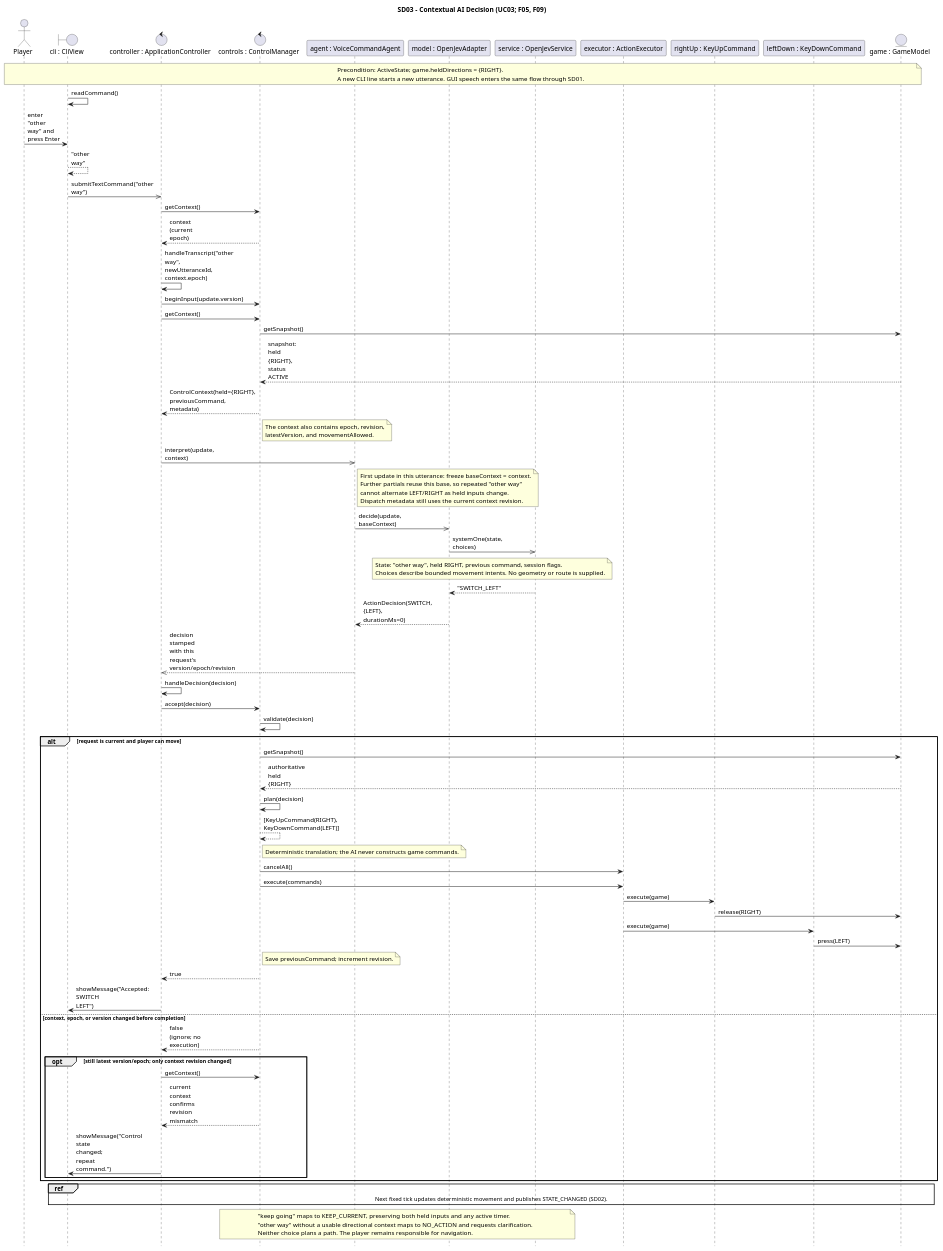
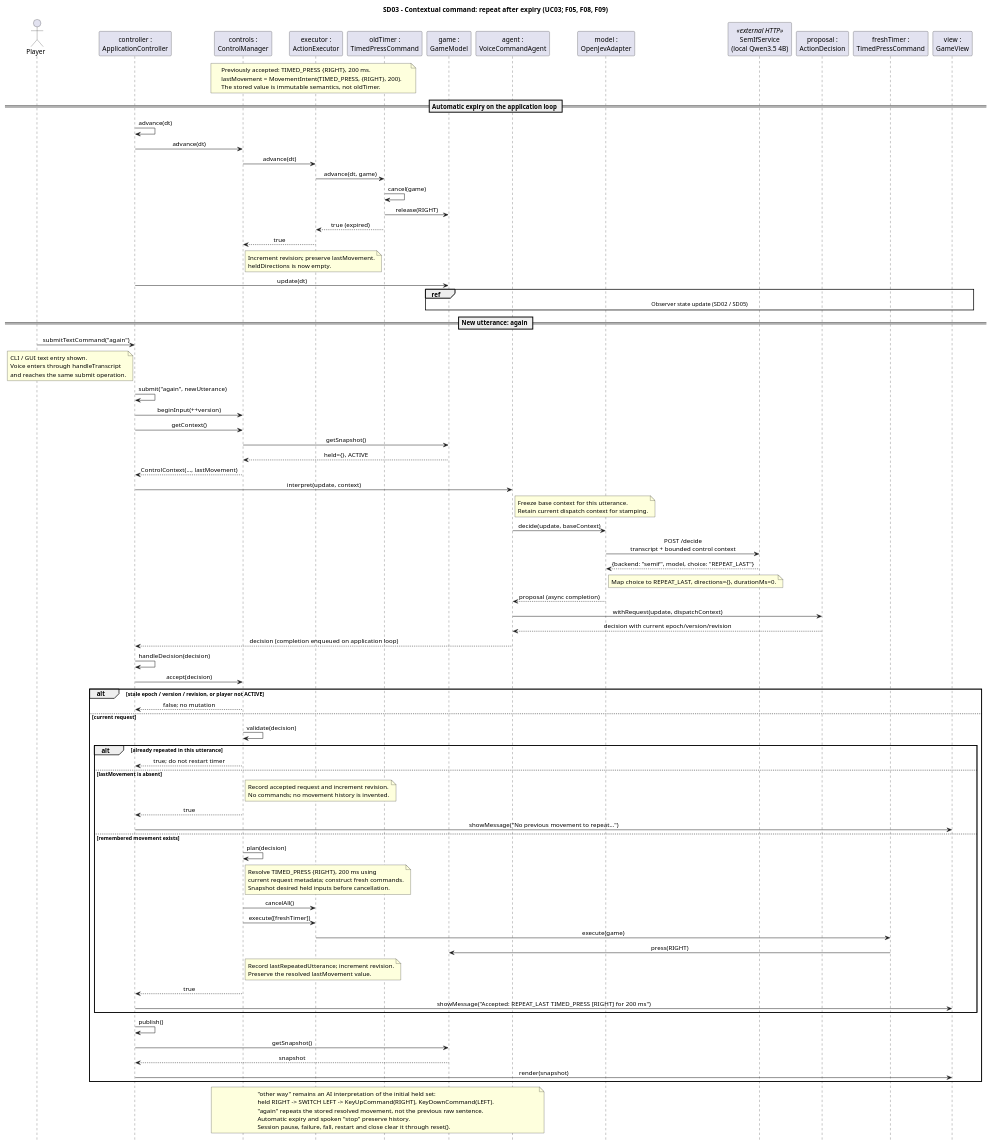
One commit to rizfol/say-swear changed the diagram in docs/uml/sequence-diagrams/sd03-contextual-command.puml. Above: the diagram before and after it, drawn with PlantUML. The commit also changed 27 other files, not shown here.

Commit message:
Update current UML diagrams and preserve Stage 1 originals

```diff
--- a/docs/uml/sequence-diagrams/sd03-contextual-command.puml
+++ b/docs/uml/sequence-diagrams/sd03-contextual-command.puml
@@ -1,90 +1,113 @@
 @startuml
-title SD03 - Contextual AI Decision (UC03; F05, F09)
+title SD03 - Contextual command: repeat after expiry (UC03; F05, F08, F09)
+skinparam defaultFontName Arial
+skinparam shadowing false
+skinparam sequenceMessageAlign center
 hide footbox
-skinparam maxMessageSize 70
-actor "Player" as human
-boundary "cli : CliView" as cli
-control "controller : ApplicationController" as controller
-control "controls : ControlManager" as controls
-participant "agent : VoiceCommandAgent" as agent
-participant "model : OpenJevAdapter" as model
-participant "service : OpenJevService" as service
-participant "executor : ActionExecutor" as executor
-participant "rightUp : KeyUpCommand" as rightUp
-participant "leftDown : KeyDownCommand" as leftDown
-entity "game : GameModel" as game
+actor Player
+participant "controller :\nApplicationController" as Controller
+participant "controls :\nControlManager" as Controls
+participant "executor :\nActionExecutor" as Executor
+participant "oldTimer :\nTimedPressCommand" as OldTimer
+participant "game :\nGameModel" as Game
+participant "agent :\nVoiceCommandAgent" as Agent
+participant "model :\nOpenJevAdapter" as Model
+participant "SemIfService\n(local Qwen3.5 4B)" as Service <<external HTTP>>
+participant "proposal :\nActionDecision" as Proposal
+participant "freshTimer :\nTimedPressCommand" as FreshTimer
+participant "view :\nGameView" as View
 
-note over human, game
-  Precondition: ActiveState; game.heldDirections = {RIGHT}.
-  A new CLI line starts a new utterance. GUI speech enters the same flow through SD01.
+note over Controls,OldTimer
+  Previously accepted: TIMED_PRESS {RIGHT}, 200 ms.
+  lastMovement = MovementIntent(TIMED_PRESS, {RIGHT}, 200).
+  The stored value is immutable semantics, not oldTimer.
 end note
-cli -> cli : readCommand()
-human -> cli : enter "other way" and press Enter
-cli --> cli : "other way"
-cli ->> controller : submitTextCommand("other way")
-controller -> controls : getContext()
-controls --> controller : context (current epoch)
-controller -> controller : handleTranscript("other way", newUtteranceId, context.epoch)
-controller -> controls : beginInput(update.version)
-controller -> controls : getContext()
-controls -> game : getSnapshot()
-game --> controls : snapshot: held {RIGHT}, status ACTIVE
-controls --> controller : ControlContext(held={RIGHT}, previousCommand, metadata)
-note right of controls
-  The context also contains epoch, revision,
-  latestVersion, and movementAllowed.
+== Automatic expiry on the application loop ==
+Controller -> Controller : advance(dt)
+Controller -> Controls : advance(dt)
+Controls -> Executor : advance(dt)
+Executor -> OldTimer : advance(dt, game)
+OldTimer -> OldTimer : cancel(game)
+OldTimer -> Game : release(RIGHT)
+OldTimer --> Executor : true (expired)
+Executor --> Controls : true
+note right of Controls
+  Increment revision; preserve lastMovement.
+  heldDirections is now empty.
 end note
-controller ->> agent : interpret(update, context)
-note right of agent
-  First update in this utterance: freeze baseContext = context.
-  Further partials reuse this base, so repeated "other way"
-  cannot alternate LEFT/RIGHT as held inputs change.
-  Dispatch metadata still uses the current context revision.
+Controller -> Game : update(dt)
+ref over Game,View : Observer state update (SD02 / SD05)
+
+== New utterance: again ==
+Player -> Controller : submitTextCommand("again")
+note left of Controller
+  CLI / GUI text entry shown.
+  Voice enters through handleTranscript
+  and reaches the same submit operation.
 end note
-agent ->> model : decide(update, baseContext)
-model ->> service : systemOne(state, choices)
-note over model, service
-  State: "other way", held RIGHT, previous command, session flags.
-  Choices describe bounded movement intents. No geometry or route is supplied.
+Controller -> Controller : submit("again", newUtterance)
+Controller -> Controls : beginInput(++version)
+Controller -> Controls : getContext()
+Controls -> Game : getSnapshot()
+Game --> Controls : held={}, ACTIVE
+Controls --> Controller : ControlContext(..., lastMovement)
+Controller -> Agent : interpret(update, context)
+note right of Agent
+  Freeze base context for this utterance.
+  Retain current dispatch context for stamping.
 end note
-service --> model : "SWITCH_LEFT"
-model --> agent : ActionDecision(SWITCH, {LEFT}, durationMs=0)
-agent -->> controller : decision stamped with this request's version/epoch/revision
-controller -> controller : handleDecision(decision)
-controller -> controls : accept(decision)
-controls -> controls : validate(decision)
-
-alt request is current and player can move
-  controls -> game : getSnapshot()
-  game --> controls : authoritative held {RIGHT}
-  controls -> controls : plan(decision)
-  controls --> controls : [KeyUpCommand(RIGHT), KeyDownCommand(LEFT)]
-  note right of controls : Deterministic translation; the AI never constructs game commands.
-  controls -> executor : cancelAll()
-  controls -> executor : execute(commands)
-  executor -> rightUp : execute(game)
-  rightUp -> game : release(RIGHT)
-  executor -> leftDown : execute(game)
-  leftDown -> game : press(LEFT)
-  note right of controls : Save previousCommand; increment revision.
-  controls --> controller : true
-  controller -> cli : showMessage("Accepted: SWITCH LEFT")
-else context, epoch, or version changed before completion
-  controls --> controller : false (ignore; no execution)
-  opt still latest version/epoch; only context revision changed
-    controller -> controls : getContext()
-    controls --> controller : current context confirms revision mismatch
-    controller -> cli : showMessage("Control state changed; repeat command.")
+Agent -> Model : decide(update, baseContext)
+Model -> Service : POST /decide\ntranscript + bounded control context
+Service --> Model : {backend: "semif", model, choice: "REPEAT_LAST"}
+note right of Model : Map choice to REPEAT_LAST, directions={}, durationMs=0.
+Model --> Agent : proposal (async completion)
+Agent -> Proposal : withRequest(update, dispatchContext)
+Proposal --> Agent : decision with current epoch/version/revision
+Agent --> Controller : decision (completion enqueued on application loop)
+Controller -> Controller : handleDecision(decision)
+Controller -> Controls : accept(decision)
+alt stale epoch / version / revision, or player not ACTIVE
+  Controls --> Controller : false; no mutation
+else current request
+  Controls -> Controls : validate(decision)
+  alt already repeated in this utterance
+    Controls --> Controller : true; do not restart timer
+  else lastMovement is absent
+    note right of Controls
+      Record accepted request and increment revision.
+      No commands; no movement history is invented.
+    end note
+    Controls --> Controller : true
+    Controller -> View : showMessage("No previous movement to repeat...")
+  else remembered movement exists
+    Controls -> Controls : plan(decision)
+    note right of Controls
+      Resolve TIMED_PRESS {RIGHT}, 200 ms using
+      current request metadata; construct fresh commands.
+      Snapshot desired held inputs before cancellation.
+    end note
+    Controls -> Executor : cancelAll()
+    Controls -> Executor : execute([freshTimer])
+    Executor -> FreshTimer : execute(game)
+    FreshTimer -> Game : press(RIGHT)
+    note right of Controls
+      Record lastRepeatedUtterance; increment revision.
+      Preserve the resolved lastMovement value.
+    end note
+    Controls --> Controller : true
+    Controller -> View : showMessage("Accepted: REPEAT_LAST TIMED_PRESS [RIGHT] for 200 ms")
   end
+  Controller -> Controller : publish()
+  Controller -> Game : getSnapshot()
+  Game --> Controller : snapshot
+  Controller -> View : render(snapshot)
 end
 
-ref over cli, game
-  Next fixed tick updates deterministic movement and publishes STATE_CHANGED (SD02).
-end ref
-
-note over controls, service
-  "keep going" maps to KEEP_CURRENT, preserving both held inputs and any active timer.
-  "other way" without a usable directional context maps to NO_ACTION and requests clarification.
-  Neither choice plans a path. The player remains responsible for navigation.
+note over Controls,Agent
+  "other way" remains an AI interpretation of the initial held set:
+  held RIGHT -> SWITCH LEFT -> KeyUpCommand(RIGHT), KeyDownCommand(LEFT).
+  "again" repeats the stored resolved movement, not the previous raw sentence.
+  Automatic expiry and spoken "stop" preserve history.
+  Session pause, failure, fall, restart and close clear it through reset().
 end note
 @enduml
```
